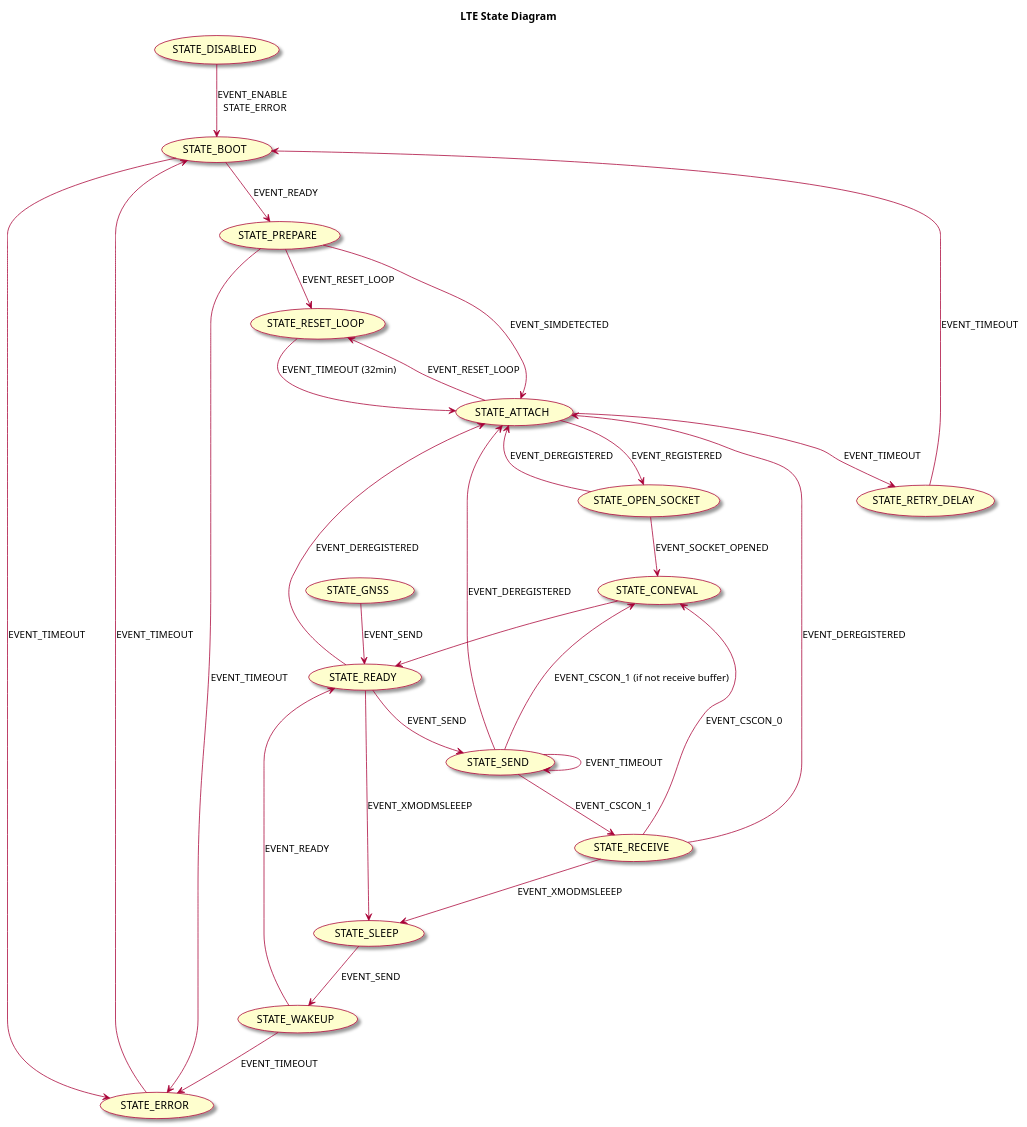
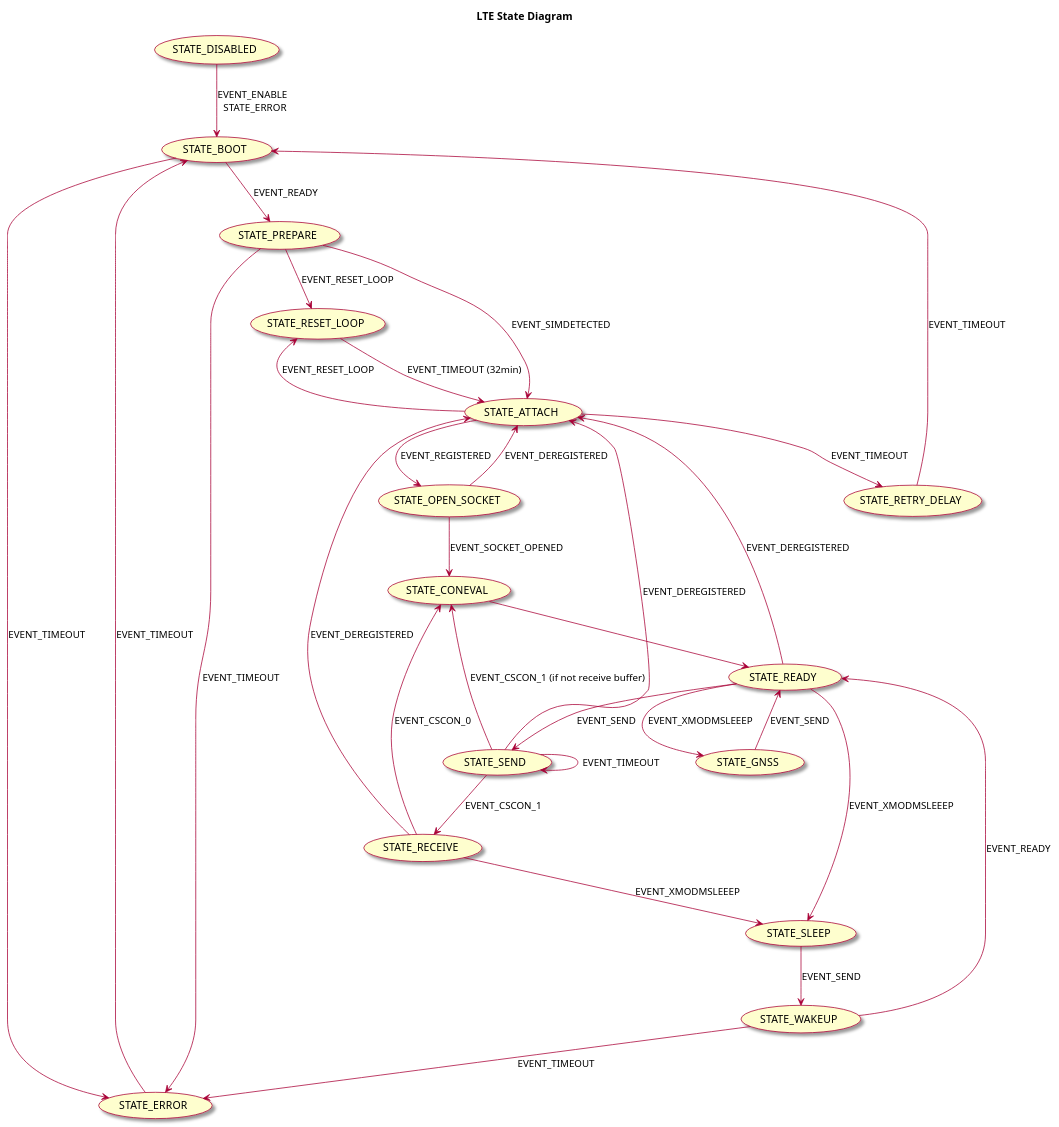
The diagram in subsys/ctr_lte_v2/flow.plantuml (hardwario/chester-sdk), drawn with PlantUML before and after one commit. The commit also changed 7 other files, not shown here.

```diff
--- a/subsys/ctr_lte_v2/flow.plantuml
+++ b/subsys/ctr_lte_v2/flow.plantuml
@@ -1,70 +1,71 @@
 @startuml
 
 skin rose
 
 title LTE State Diagram
 
 (STATE_DISABLED)
 (STATE_ERROR)
 (STATE_BOOT)
 (STATE_PREPARE)
 (STATE_RESET_LOOP)
 (STATE_RETRY_DELAY)
 (STATE_ATTACH)
 (STATE_OPEN_SOCKET)
 (STATE_READY)
 (STATE_SLEEP)
 (STATE_WAKEUP)
 (STATE_SEND)
 (STATE_RECEIVE)
 (STATE_CONEVAL)
 (STATE_GNSS)
 
 STATE_DISABLED --> STATE_BOOT: EVENT_ENABLE \n STATE_ERROR
 
 STATE_ERROR --> STATE_BOOT: EVENT_TIMEOUT
 
 STATE_BOOT --> STATE_PREPARE: EVENT_READY
 STATE_BOOT --> STATE_ERROR: EVENT_TIMEOUT
 
 STATE_PREPARE --> STATE_ATTACH: EVENT_SIMDETECTED
 STATE_PREPARE --> STATE_ERROR: EVENT_TIMEOUT
 STATE_PREPARE --> STATE_RESET_LOOP: EVENT_RESET_LOOP
 
 STATE_RESET_LOOP --> STATE_ATTACH: EVENT_TIMEOUT (32min)
 ' STATE_RESET_LOOP --> STATE_ERROR: EVENT_ERROR
 
 STATE_ATTACH --> STATE_OPEN_SOCKET: EVENT_REGISTERED
 STATE_ATTACH --> STATE_RESET_LOOP: EVENT_RESET_LOOP
 STATE_ATTACH --> STATE_RETRY_DELAY: EVENT_TIMEOUT
 ' STATE_ATTACH --> STATE_ERROR: EVENT_ERROR
 
 STATE_RETRY_DELAY --> STATE_BOOT: EVENT_TIMEOUT
 
 STATE_OPEN_SOCKET --> STATE_CONEVAL: EVENT_SOCKET_OPENED
 STATE_OPEN_SOCKET --> STATE_ATTACH: EVENT_DEREGISTERED
 ' STATE_OPEN_SOCKET --> STATE_ERROR: EVENT_ERROR
 
 STATE_CONEVAL --> STATE_READY
 
 STATE_READY --> STATE_SEND : EVENT_SEND
 STATE_READY --> STATE_SLEEP : EVENT_XMODMSLEEEP
 STATE_READY --> STATE_ATTACH: EVENT_DEREGISTERED
+STATE_READY --> STATE_GNSS: EVENT_XMODMSLEEEP
 
 STATE_SLEEP --> STATE_WAKEUP : EVENT_SEND
 
 STATE_WAKEUP --> STATE_READY : EVENT_READY
 STATE_WAKEUP --> STATE_ERROR :  EVENT_TIMEOUT
 
 STATE_SEND --> STATE_RECEIVE : EVENT_CSCON_1
 STATE_SEND --> STATE_CONEVAL : EVENT_CSCON_1 (if not receive buffer)
 STATE_SEND --> STATE_SEND: EVENT_TIMEOUT
 STATE_SEND --> STATE_ATTACH: EVENT_DEREGISTERED
 
 STATE_RECEIVE --> STATE_CONEVAL : EVENT_CSCON_0
 STATE_RECEIVE --> STATE_ATTACH: EVENT_DEREGISTERED
 STATE_RECEIVE --> STATE_SLEEP : EVENT_XMODMSLEEEP
 
 STATE_GNSS --> STATE_READY : EVENT_SEND
 
 @enduml
```
